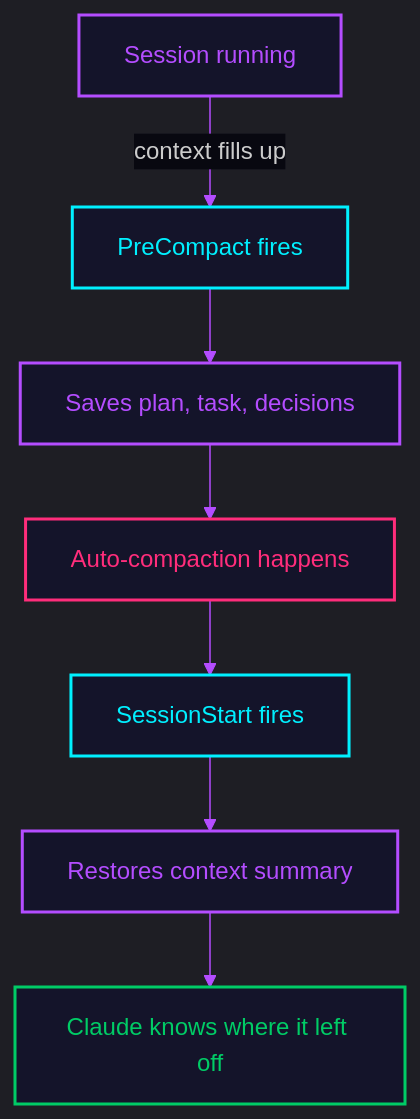
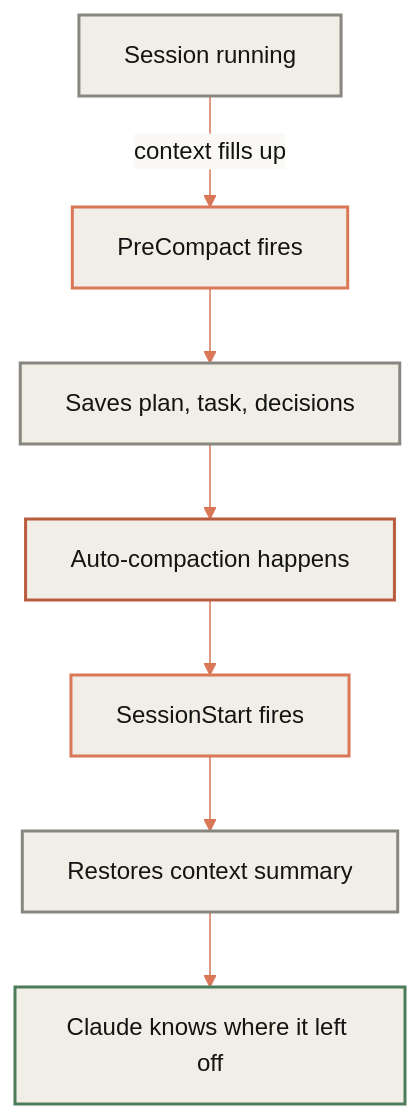
The diagram in guide/customization.qmd (patrickjcrawford/cc-research-assistant), drawn with Mermaid before and after one commit. The commit also changed 26 other files, not shown here.

````diff
--- a/guide/customization.qmd
+++ b/guide/customization.qmd
@@ -207,15 +207,15 @@
 ```{mermaid}
-%%{init: {'theme': 'dark', 'themeVariables': {'primaryColor': '#14142a', 'primaryTextColor': '#d0d0e0', 'primaryBorderColor': '#b44dff', 'lineColor': '#b44dff', 'secondaryColor': '#0c0c18', 'tertiaryColor': '#080810', 'edgeLabelBackground': '#080810'}}}%%
+%%{init: {'theme': 'base', 'themeVariables': {'primaryColor': '#f0eee6', 'primaryTextColor': '#141413', 'primaryBorderColor': '#d1cfc5', 'lineColor': '#d97757', 'secondaryColor': '#faf9f5', 'tertiaryColor': '#e6e3da', 'edgeLabelBackground': '#faf9f5', 'clusterBkg': '#f0eee6', 'clusterBorder': '#d1cfc5'}}}%%
 flowchart TD
     RUN[Session running]:::step -->|context fills up| PRE[PreCompact fires]:::hook
     PRE --> SAVE[Saves plan, task, decisions]:::step
     SAVE --> COMPACT[Auto-compaction happens]:::event
     COMPACT --> POST[SessionStart fires]:::hook
     POST --> RESTORE[Restores context summary]:::step
     RESTORE --> RESUME[Claude knows where it left off]:::approved
 
-    classDef step fill:#14142a,stroke:#b44dff,color:#b44dff,stroke-width:2px
-    classDef hook fill:#14142a,stroke:#00f0ff,color:#00f0ff,stroke-width:2px
-    classDef event fill:#14142a,stroke:#ff2d7b,color:#ff2d7b,stroke-width:2px
-    classDef approved fill:#14142a,stroke:#00cc66,color:#00cc66,stroke-width:2px
+    classDef step fill:#f0eee6,stroke:#87867f,color:#141413,stroke-width:2px
+    classDef hook fill:#f0eee6,stroke:#d97757,color:#141413,stroke-width:2px
+    classDef event fill:#f0eee6,stroke:#b85c3e,color:#141413,stroke-width:2px
+    classDef approved fill:#f0eee6,stroke:#4d7c5a,color:#141413,stroke-width:2px
 ```
````
